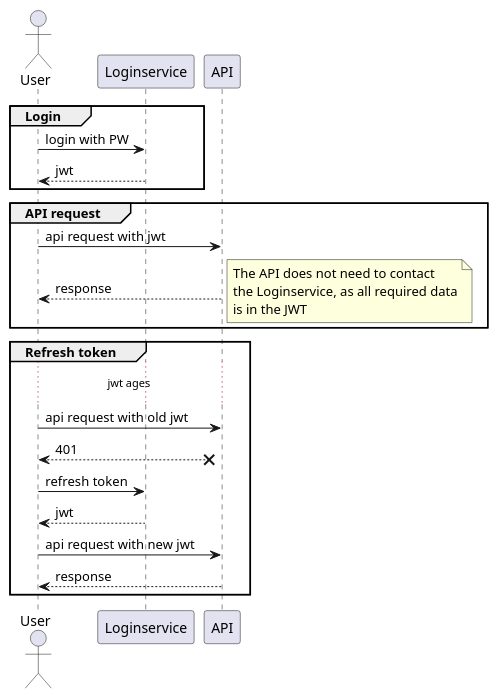
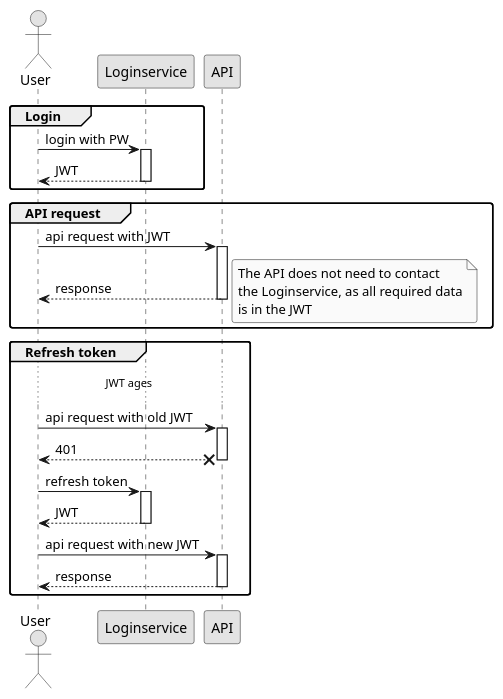
One commit to phuhl/apparts-login-server changed the first of 3 diagrams in README.org. Above: the diagram before and after it, drawn with PlantUML. The commit also changed other lines of this file and 3 other files, not shown here.

```diff
--- a/README.org
+++ b/README.org
@@ -301,33 +301,46 @@
 #+BEGIN_SRC plantuml :exports results :file login.png
 actor User
+skinparam roundcorner 5
+skinparam monochrome true
+skinparam shadowing false
 
 group Login
 User -> Loginservice : login with PW
-User <-- Loginservice : jwt
+activate Loginservice
+User <-- Loginservice : JWT
+deactivate Loginservice
 end
 
 group API request
-User -> API : api request with jwt
+User -> API : api request with JWT
+activate API
 API --> User : response
+deactivate API
 note right
 The API does not need to contact
 the Loginservice, as all required data
 is in the JWT
 end note
 end
 
 group Refresh token
 
-... jwt ages  ...
+... JWT ages  ...
 
-User -> API : api request with old jwt
+User -> API : api request with old JWT
+activate API
 User <--x API : 401
+deactivate API
 
 User -> Loginservice : refresh token
-User <-- Loginservice : jwt
+activate Loginservice
+User <-- Loginservice : JWT
+deactivate Loginservice
 
-User -> API : api request with new jwt
+User -> API : api request with new JWT
+activate API
 API --> User : response
+deactivate API
 end
 
 #+END_SRC
```
